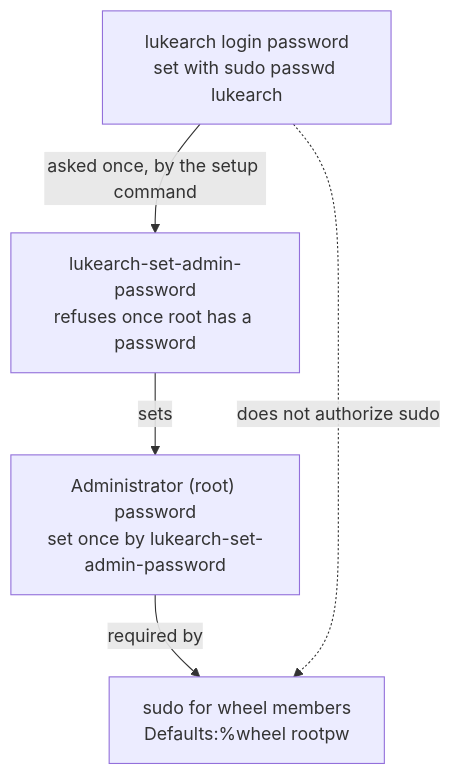
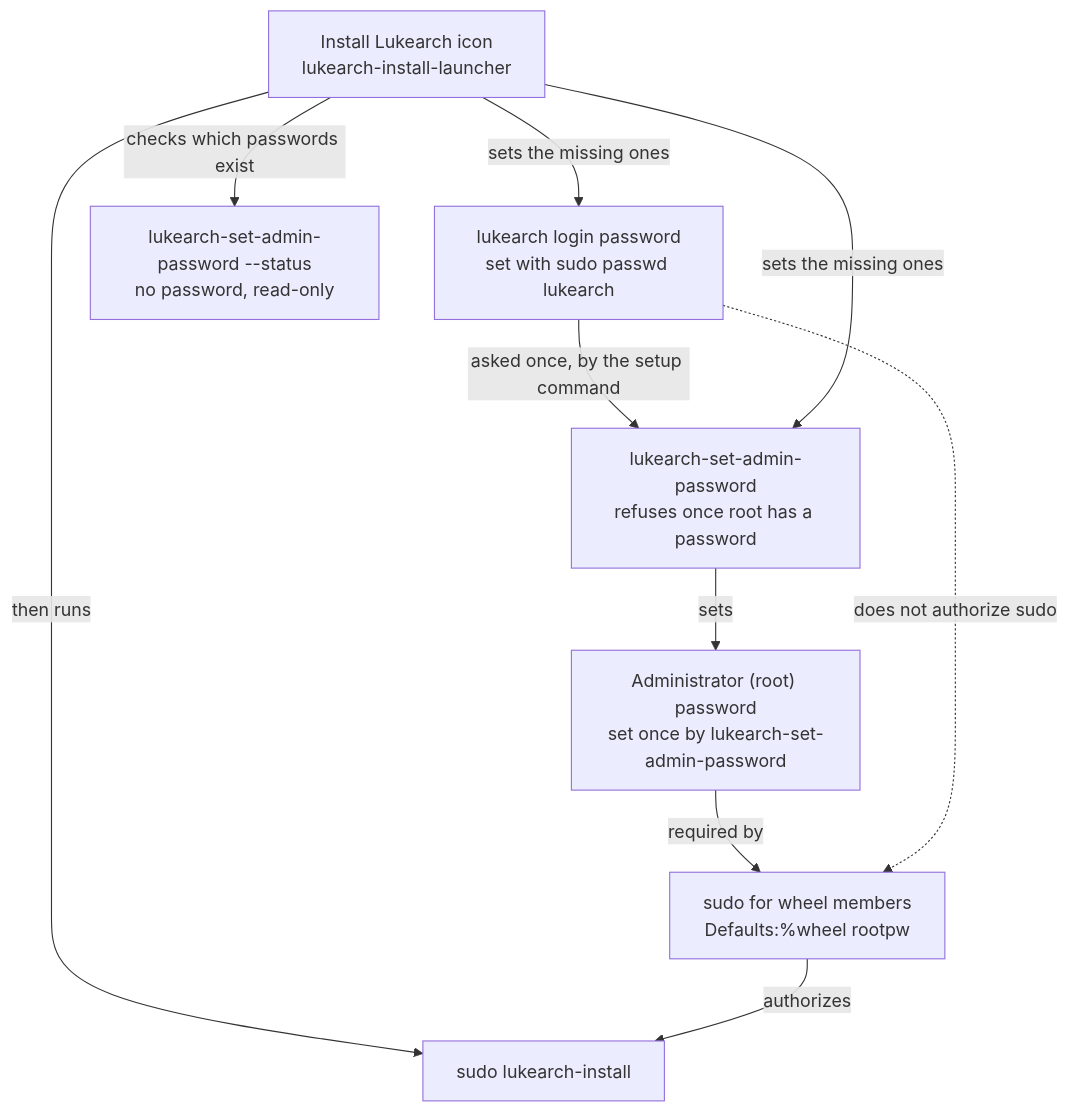
The third of 3 diagrams in STRUCTURE.md (lukecarnold-jpg/lukearch), drawn with Mermaid before and after one commit. The commit also changed other lines of this file and 26 other files, not shown here.

````diff
--- a/STRUCTURE.md
+++ b/STRUCTURE.md
@@ -207,12 +209,20 @@
 ```mermaid
 flowchart TD
     LOGIN["lukearch login password<br/>set with sudo passwd lukearch"]
     ADMIN["Administrator (root) password<br/>set once by lukearch-set-admin-password"]
     SUDO["sudo for wheel members<br/>Defaults:%wheel rootpw"]
     SETUP["lukearch-set-admin-password<br/>refuses once root has a password"]
+    ICON["Install Lukearch icon<br/>lukearch-install-launcher"]
+    STATUS["lukearch-set-admin-password --status<br/>no password, read-only"]
+    INSTALL["sudo lukearch-install"]
 
     LOGIN -- "asked once, by the setup command" --> SETUP
     SETUP -- "sets" --> ADMIN
     ADMIN -- "required by" --> SUDO
     LOGIN -. "does not authorize sudo" .-> SUDO
+    ICON -- "checks which passwords exist" --> STATUS
+    ICON -- "sets the missing ones" --> LOGIN
+    ICON -- "sets the missing ones" --> SETUP
+    ICON -- "then runs" --> INSTALL
+    SUDO -- "authorizes" --> INSTALL
 ```
````
